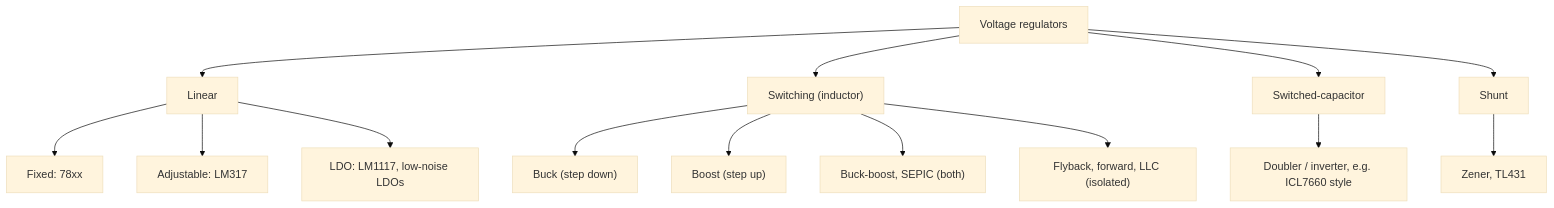
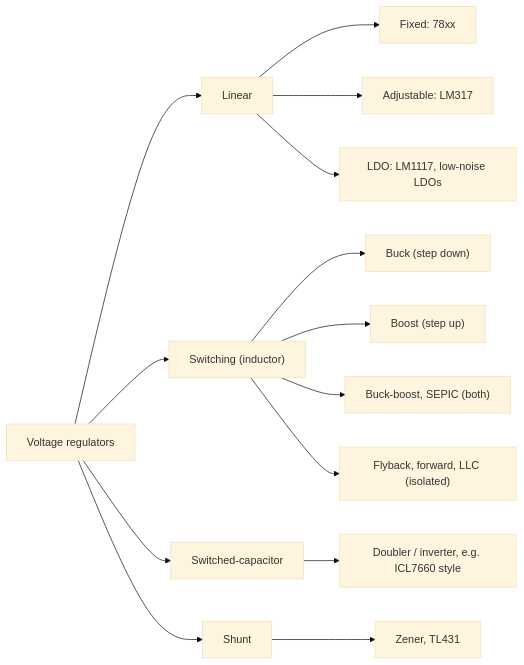
Before and after one commit to atallm7/monty-prep: the diagram in content/questions/q0156.md, drawn with Mermaid (base theme). The commit also changed 58 other files, not shown here.

````diff
--- a/content/questions/q0156.md
+++ b/content/questions/q0156.md
@@ -111,16 +111,16 @@
 ```mermaid
-flowchart TD
+flowchart LR
   R["Voltage regulators"] --> L["Linear"]
   R --> S["Switching (inductor)"]
   R --> C["Switched-capacitor"]
   R --> H["Shunt"]
   L --> L1["Fixed: 78xx"]
   L --> L2["Adjustable: LM317"]
   L --> L3["LDO: LM1117, low-noise LDOs"]
   S --> S1["Buck (step down)"]
   S --> S2["Boost (step up)"]
   S --> S3["Buck-boost, SEPIC (both)"]
   S --> S4["Flyback, forward, LLC (isolated)"]
   C --> C1["Doubler / inverter, e.g. ICL7660 style"]
   H --> H1["Zener, TL431"]
 ```
````
